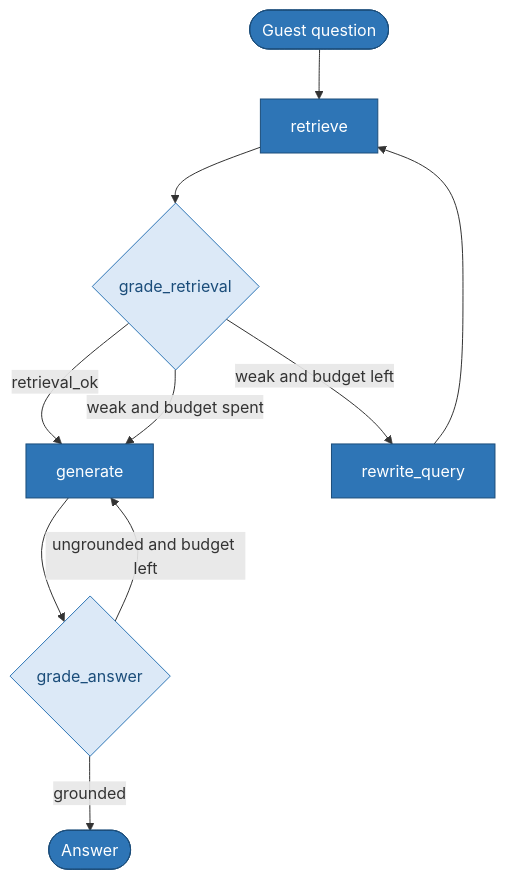
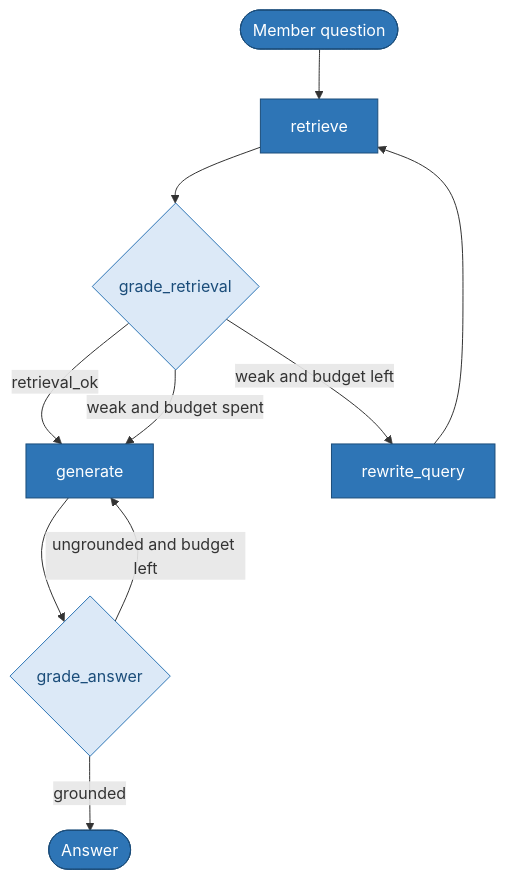
The second of 4 diagrams in README.md (sbecker11/healthcare-agentic-snowflake-rag), drawn with Mermaid before and after one commit. The commit also changed other lines of this file and 30 other files, not shown here.

````diff
--- a/README.md
+++ b/README.md
@@ -44,17 +81,17 @@
 ```mermaid
 flowchart TD
-    START([Guest question]) --> R[retrieve]
+    START([Member question]) --> R[retrieve]
     R --> GR{grade_retrieval}
     GR -- "retrieval_ok" --> G[generate]
     GR -- "weak and budget left" --> RW[rewrite_query]
     GR -- "weak and budget spent" --> G
     RW --> R
     G --> GA{grade_answer}
     GA -- "grounded" --> END([Answer])
     GA -- "ungrounded and budget left" --> G
 
     classDef node fill:#2E75B6,stroke:#1b4d7a,color:#fff;
     classDef decision fill:#dce9f7,stroke:#2E75B6,color:#1b4d7a;
     class R,RW,G node;
     class GR,GA decision;
 ```
````
